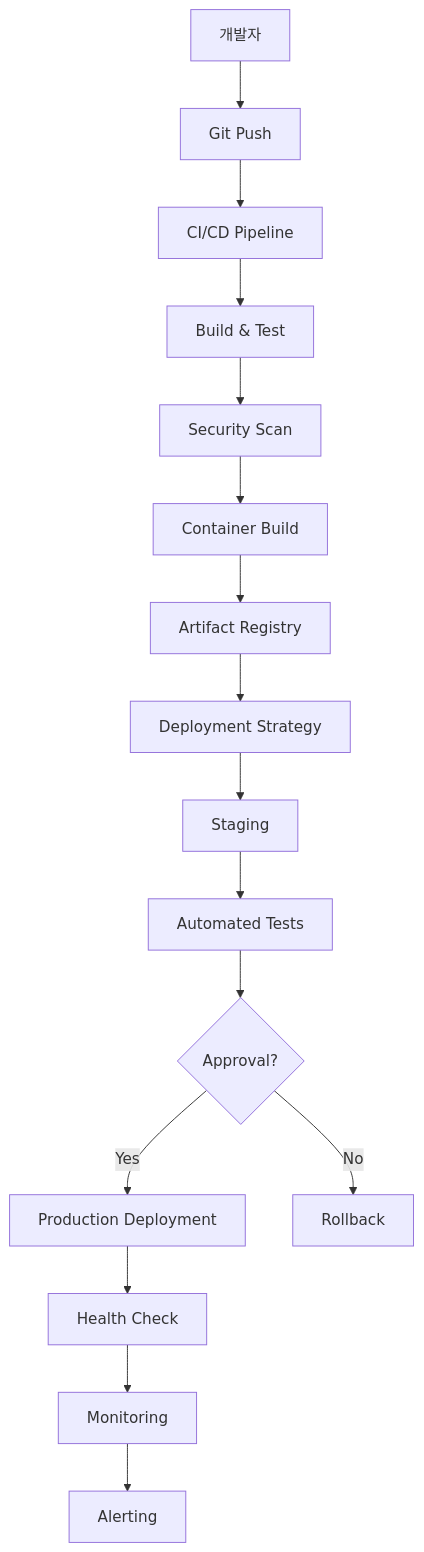
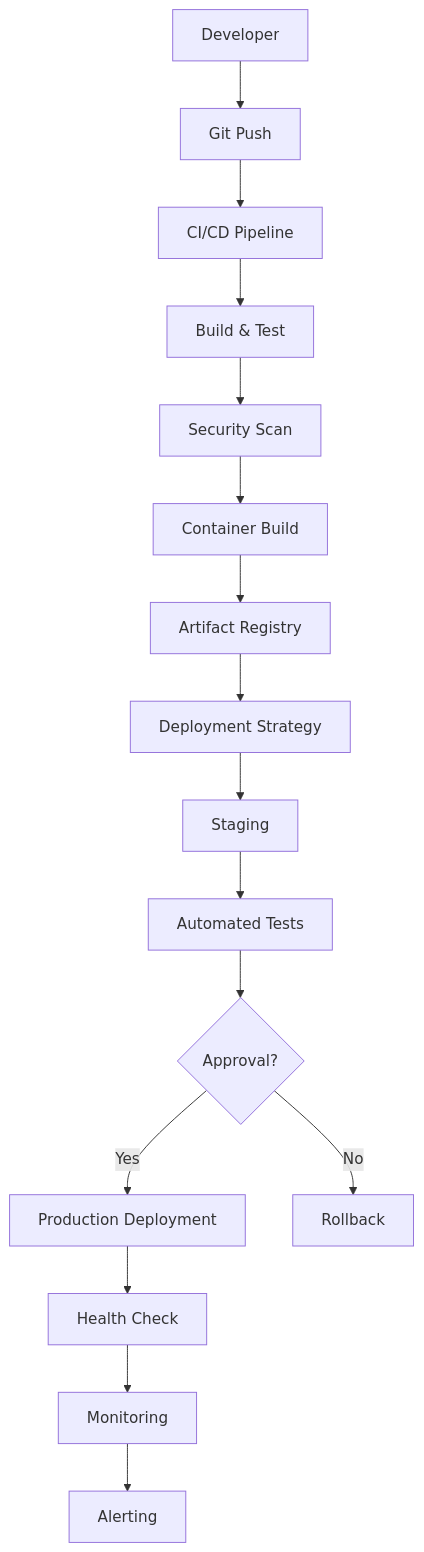
Before and after one commit to modu-ai/moai-adk: the first of 2 diagrams in docs/src/en/guides/project/deploy.md, drawn with Mermaid. The commit also changed other lines of this file and 89 other files, not shown here.

````diff
--- a/docs/src/en/guides/project/deploy.md
+++ b/docs/src/en/guides/project/deploy.md
@@ -47,18 +45,18 @@
 ```mermaid
 graph TD
-    A[개발자] --> B[Git Push]
+    A[Developer] --> B[Git Push]
     B --> C[CI/CD Pipeline]
     C --> D[Build & Test]
     D --> E[Security Scan]
     E --> F[Container Build]
     F --> G[Artifact Registry]
     G --> H[Deployment Strategy]
     H --> I[Staging]
     I --> J[Automated Tests]
     J --> K{Approval?}
     K -->|Yes| L[Production Deployment]
     K -->|No| M[Rollback]
     L --> N[Health Check]
     N --> O[Monitoring]
     O --> P[Alerting]
 ```
````
